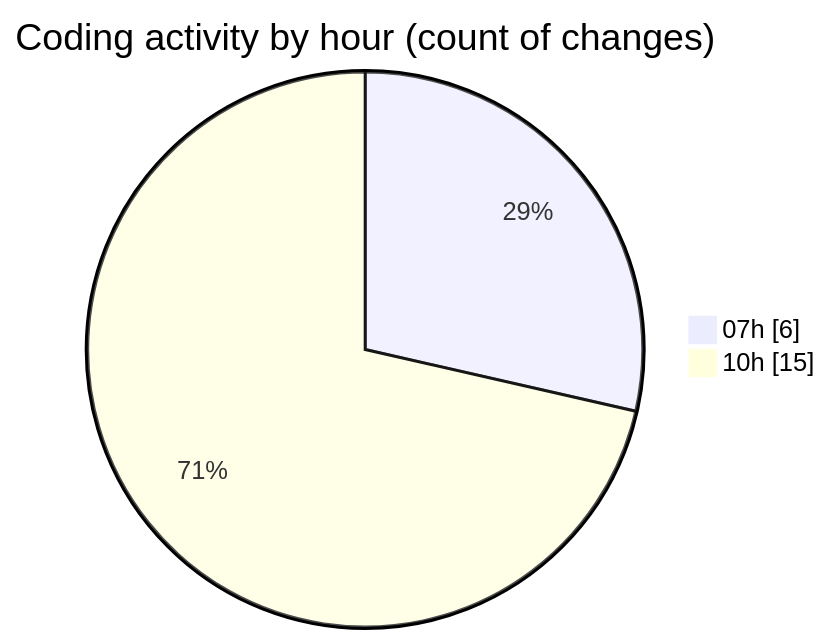
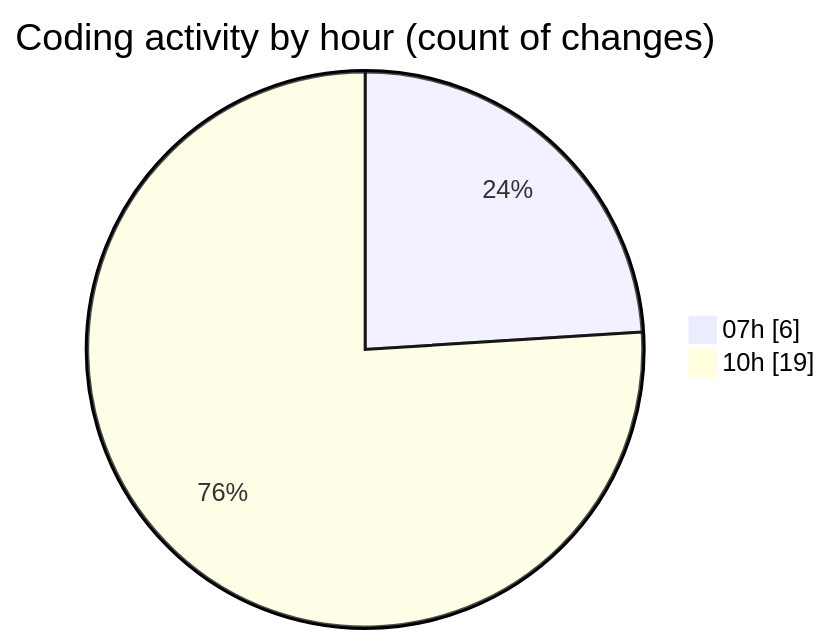
One commit to lephambinh05/code-tracking changed the second of 2 diagrams in 2025-08-14/rentotp/README.md. Above: the diagram before and after it, drawn with Mermaid. The commit also changed other lines of this file and 1 other file, not shown here.

````diff
--- a/2025-08-14/rentotp/README.md
+++ b/2025-08-14/rentotp/README.md
@@ -29,6 +30,6 @@
 ```mermaid
 pie showData
 title Coding activity by hour (count of changes)
 "07h" : 6
-"10h" : 15
+"10h" : 19
 ```
````
